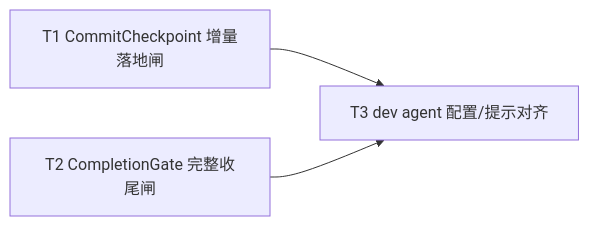
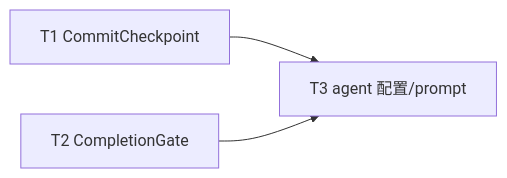
The diagram in docs/specs/0014-dev-commit-discipline.md (Curry09/AHE-Beta), drawn with Mermaid before and after one commit. The commit also changed other lines of this file and 5 other files, not shown here.

````diff
--- a/docs/specs/0014-dev-commit-discipline.md
+++ b/docs/specs/0014-dev-commit-discipline.md
@@ -105,8 +93,8 @@
 ```mermaid
 graph LR
-  T1[T1 CommitCheckpoint 增量落地闸]
-  T2[T2 CompletionGate 完整收尾闸]
-  T3[T3 dev agent 配置/提示对齐]
+  T1[T1 CommitCheckpoint]
+  T2[T2 CompletionGate]
+  T3[T3 agent 配置/prompt]
   T1 --> T3
   T2 --> T3
 ```
````
